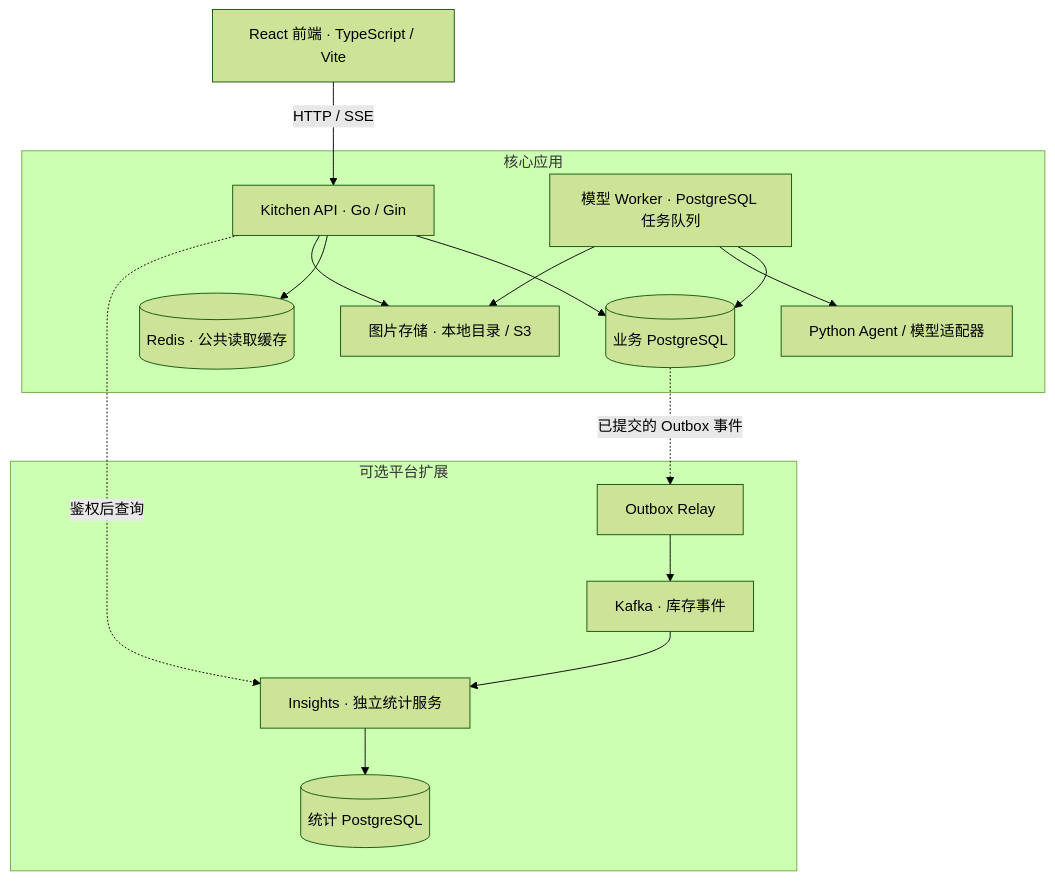
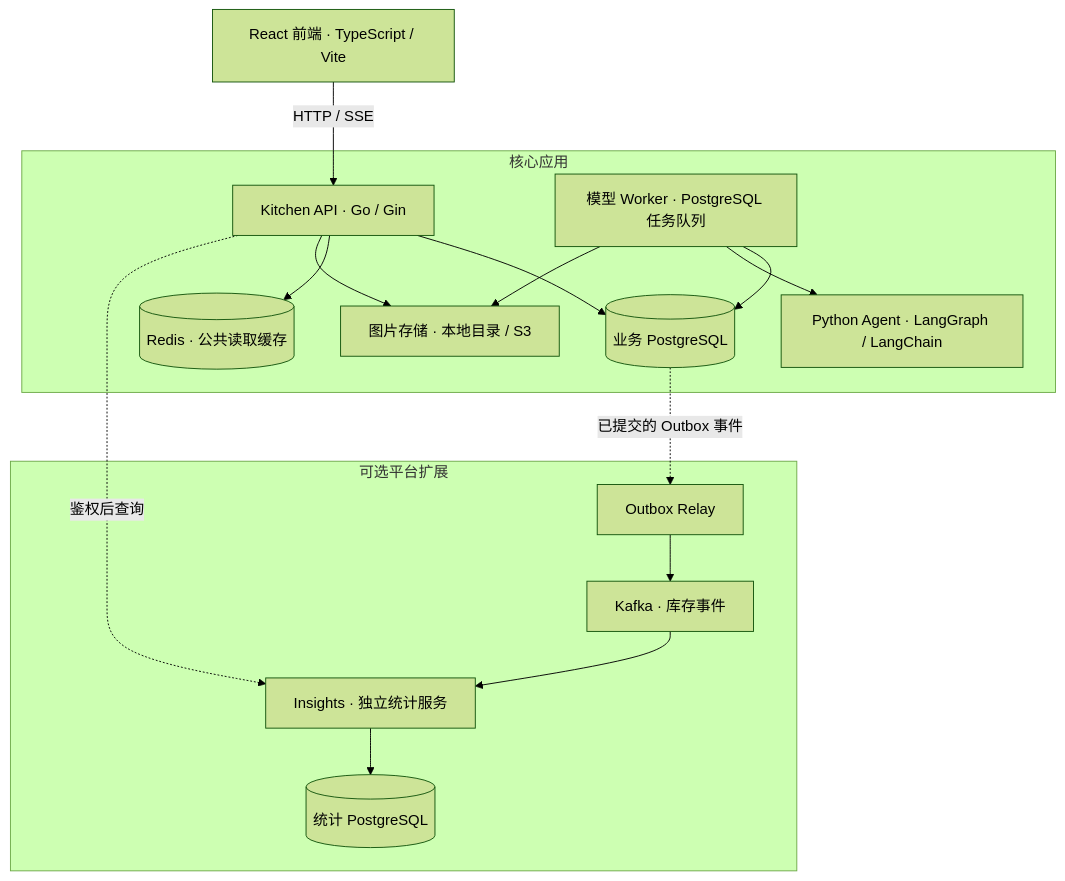
Before and after one commit to link1ks/FoodFlow: the first of 2 diagrams in README.md, drawn with Mermaid (forest theme). The commit also changed other lines of this file and 2 other files, not shown here.

Commit message:
Document agent learning and proportional verification [skip ci]

````diff
--- a/README.md
+++ b/README.md
@@ -192,22 +193,22 @@
 ```mermaid
 flowchart TB
     Web["React 前端 · TypeScript / Vite"] -->|HTTP / SSE| API
 
     subgraph Core["核心应用"]
         API["Kitchen API · Go / Gin"] --> PG[("业务 PostgreSQL")]
         API --> Redis[("Redis · 公共读取缓存")]
         Worker["模型 Worker · PostgreSQL 任务队列"] --> PG
-        Worker --> Model["Python Agent / 模型适配器"]
+        Worker --> Model["Python Agent · LangGraph / LangChain"]
         API --> Storage["图片存储 · 本地目录 / S3"]
         Worker --> Storage
     end
 
     subgraph Platform["可选平台扩展"]
         Relay["Outbox Relay"] --> Kafka["Kafka · 库存事件"]
         Kafka --> Insights["Insights · 独立统计服务"]
         Insights --> IPG[("统计 PostgreSQL")]
     end
 
     PG -. 已提交的 Outbox 事件 .-> Relay
     API -. 鉴权后查询 .-> Insights
 ```
````
